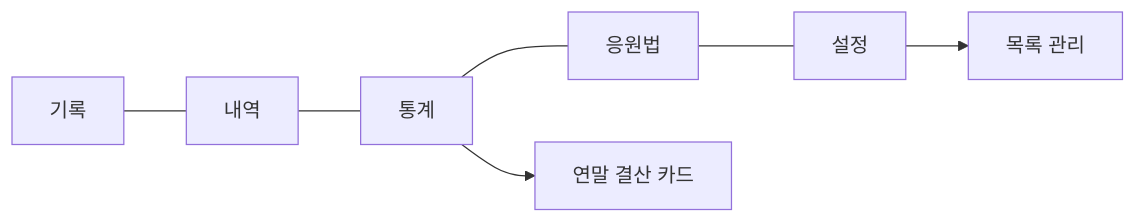
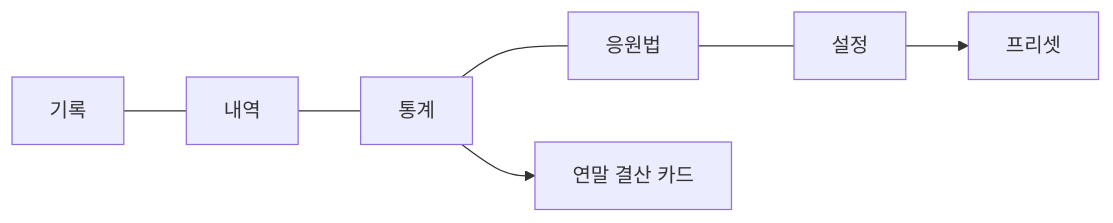
One commit to sansoll/my-favorites changed the second of 6 diagrams in STORYBOARD.md. Above: the diagram before and after it, drawn with Mermaid.

Commit message:
Update settings flow in storyboard
Claude-Session: https://claude.ai/code/session_01S8yLvHrq94Cr5RWidm6NsD

````diff
--- a/STORYBOARD.md
+++ b/STORYBOARD.md
@@ -49,6 +49,6 @@
 ```mermaid
 flowchart LR
     기록 --- 내역 --- 통계 --- 응원법 --- 설정
     통계 --> 결산[연말 결산 카드]
-    설정 --> 목록[목록 관리]
+    설정 --> 프리셋[프리셋]
 ```
````
